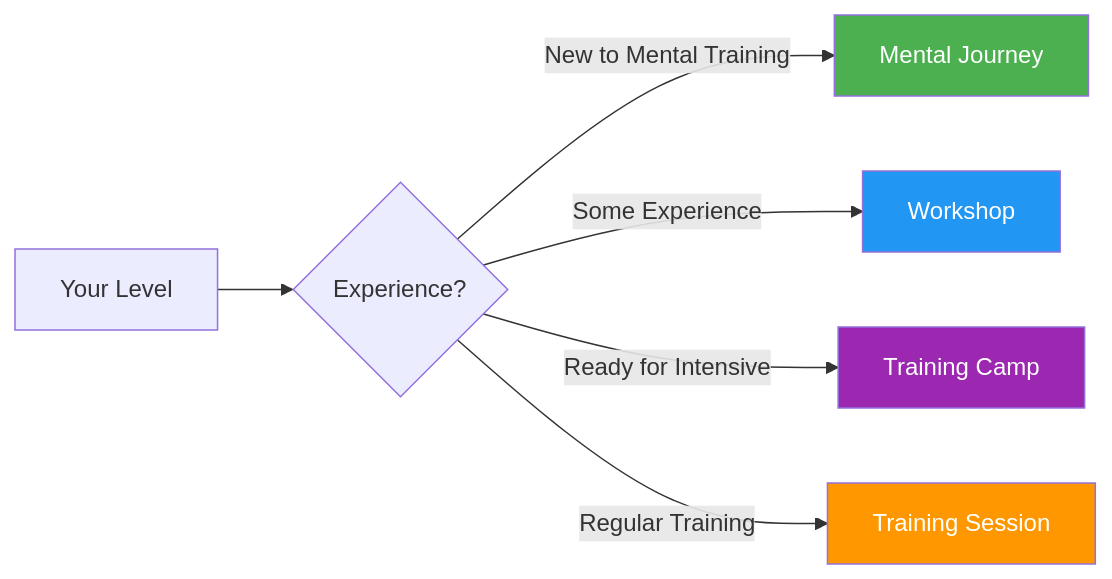
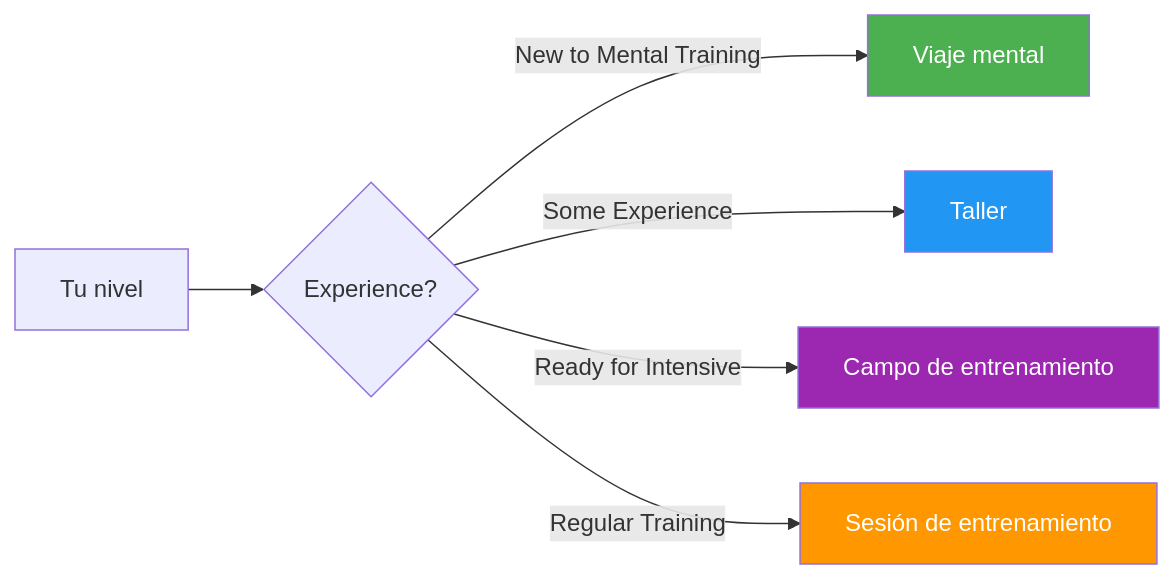
Before and after one commit to patwii/petanque-academy: the diagram in docs/es/guides/index.md, drawn with Mermaid. The commit also changed other lines of this file and 550 other files, not shown here.

````diff
--- a/docs/es/guides/index.md
+++ b/docs/es/guides/index.md
@@ -12,13 +12,13 @@
 ```mermaid
 graph LR
-    A[Your Level] --> B{Experience?}
-    B -->|New to Mental Training| C[Mental Journey]
-    B -->|Some Experience| D[Workshop]
-    B -->|Ready for Intensive| E[Training Camp]
-    B -->|Regular Training| F[Training Session]
+    A[Tu nivel] --> B{Experience?}
+    B -->|New to Mental Training| C[Viaje mental]
+    B -->|Some Experience| D[Taller]
+    B -->|Ready for Intensive| E[Campo de entrenamiento]
+    B -->|Regular Training| F[Sesión de entrenamiento]
     
     style C fill:#4CAF50,color:#fff
     style D fill:#2196F3,color:#fff
     style E fill:#9C27B0,color:#fff
     style F fill:#FF9800,color:#fff
 ```
````
